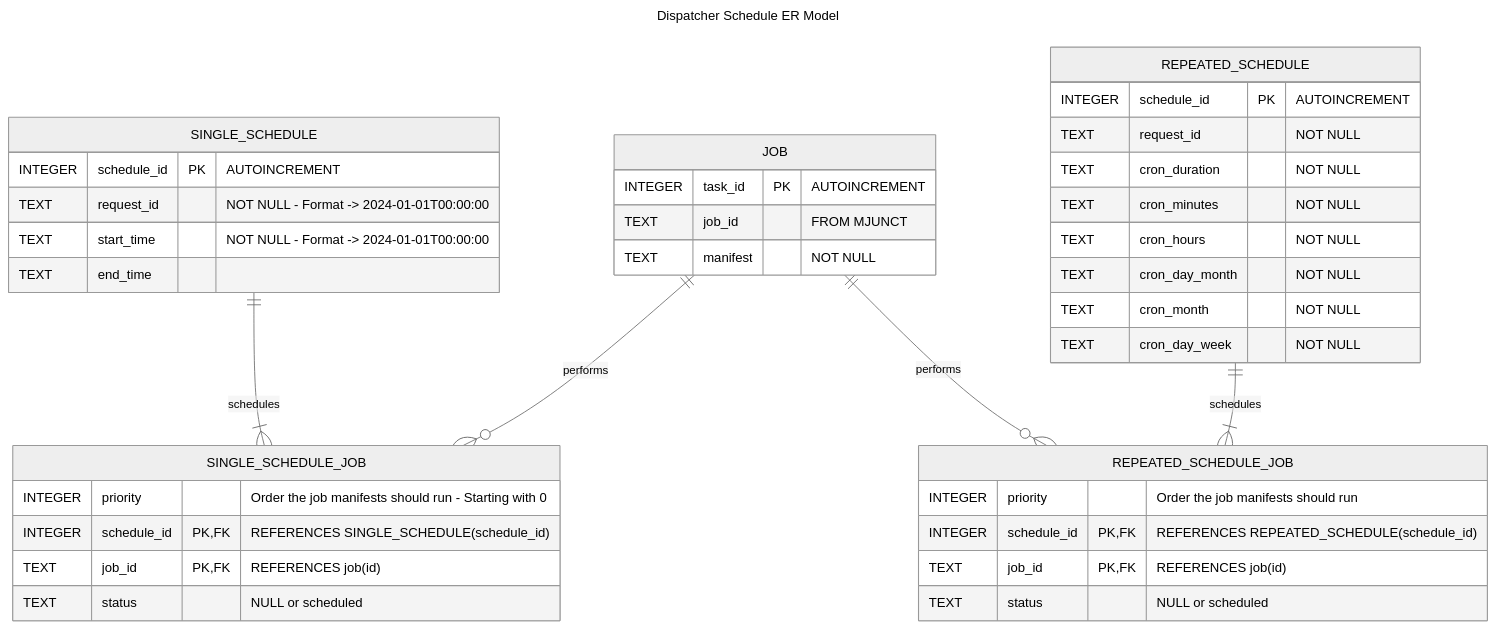
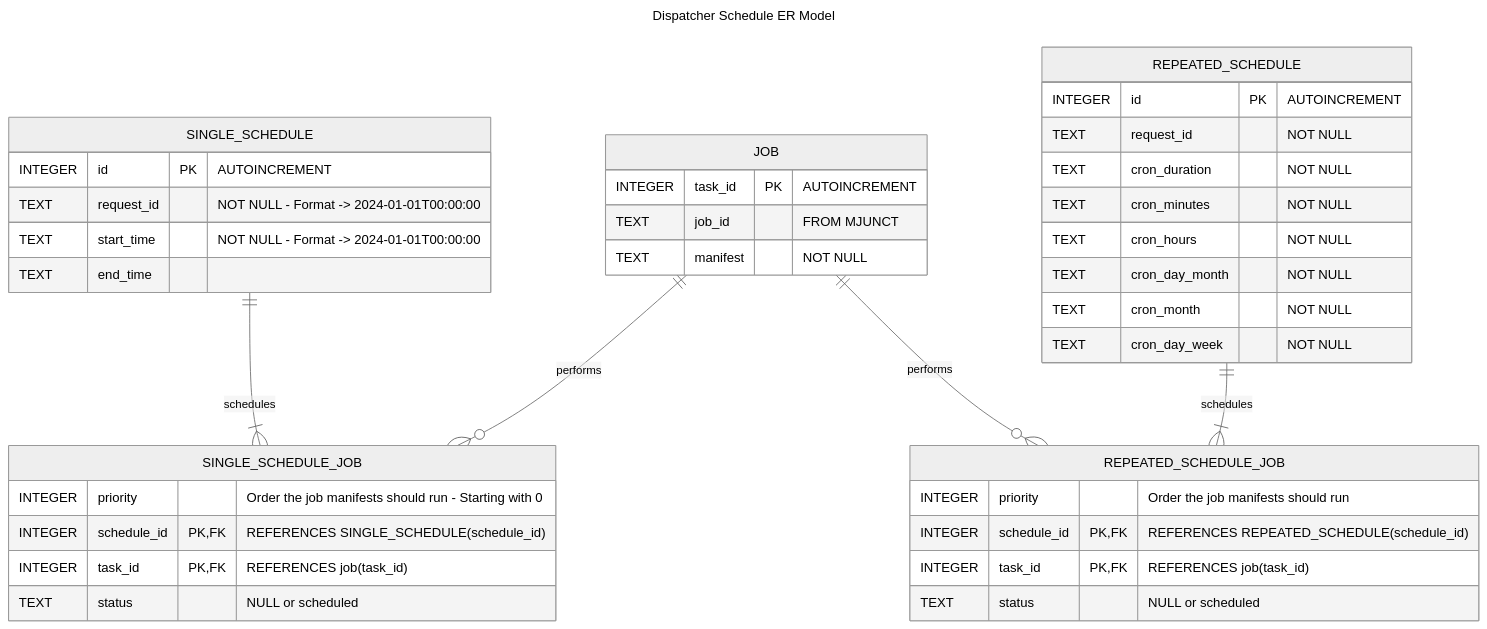
Before and after one commit to intel/intel-inb-manageability: the diagram in docs/Dispatcher Scheduling DB Design.md, drawn with Mermaid (neutral theme). The commit also changed other lines of this file and 27 other files, not shown here.

Commit message:
Add Job ID from MJunct and use TaskIds (#518)

````diff
--- a/docs/Dispatcher Scheduling DB Design.md
+++ b/docs/Dispatcher Scheduling DB Design.md
@@ -22,51 +24,51 @@
 ```mermaid
 ---
 
 title: Dispatcher Schedule ER Model
 
 ---
 
 erDiagram
     SINGLE_SCHEDULE ||--|{ SINGLE_SCHEDULE_JOB : schedules
     SINGLE_SCHEDULE_JOB {
         INTEGER priority "Order the job manifests should run - Starting with 0"
         INTEGER schedule_id PK,FK "REFERENCES SINGLE_SCHEDULE(schedule_id)"
-        TEXT job_id PK,FK "REFERENCES job(id)"
+        INTEGER task_id PK,FK "REFERENCES job(task_id)"
         TEXT status "NULL or scheduled"
     }
 
     SINGLE_SCHEDULE {
-        INTEGER schedule_id PK "AUTOINCREMENT"
+        INTEGER id PK "AUTOINCREMENT"
         TEXT request_id "NOT NULL - Format -> 2024-01-01T00:00:00"
         TEXT start_time "NOT NULL - Format -> 2024-01-01T00:00:00"
         TEXT end_time
     }
     JOB ||--o{ SINGLE_SCHEDULE_JOB: performs
     JOB ||--o{ REPEATED_SCHEDULE_JOB : performs
 
     JOB {
         INTEGER task_id PK "AUTOINCREMENT"
         TEXT job_id "FROM MJUNCT"
         TEXT manifest "NOT NULL"
     }  
     
     REPEATED_SCHEDULE ||--|{ REPEATED_SCHEDULE_JOB : schedules
     REPEATED_SCHEDULE_JOB {
         INTEGER priority "Order the job manifests should run"
         INTEGER schedule_id PK,FK "REFERENCES REPEATED_SCHEDULE(schedule_id)"
-        TEXT job_id PK,FK "REFERENCES job(id)"
+        INTEGER task_id PK,FK "REFERENCES job(task_id)"
         TEXT status "NULL or scheduled"
     }
 
     REPEATED_SCHEDULE {
-        INTEGER schedule_id PK "AUTOINCREMENT"
+        INTEGER id PK "AUTOINCREMENT"
         TEXT request_id "NOT NULL"
         TEXT cron_duration "NOT NULL"
         TEXT cron_minutes "NOT NULL"
         TEXT cron_hours "NOT NULL"
         TEXT cron_day_month "NOT NULL"
         TEXT cron_month "NOT NULL"
         TEXT cron_day_week "NOT NULL"
     }
     
 ```
````
